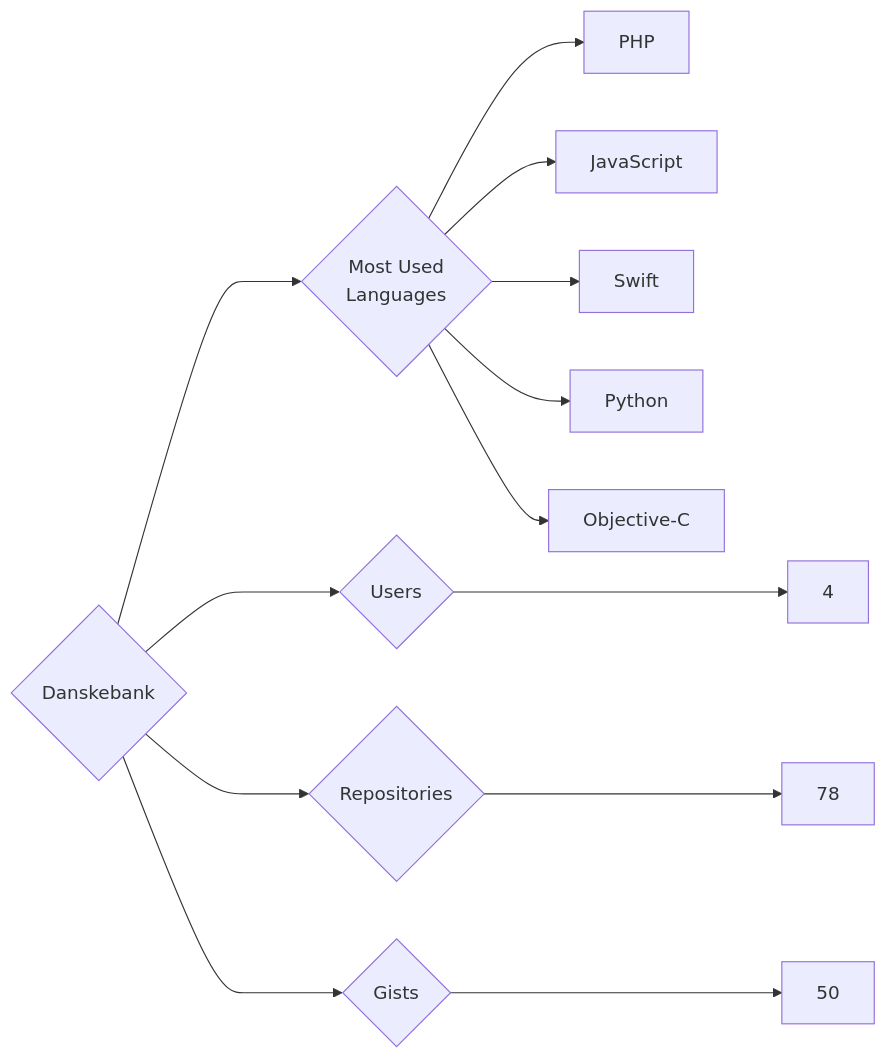
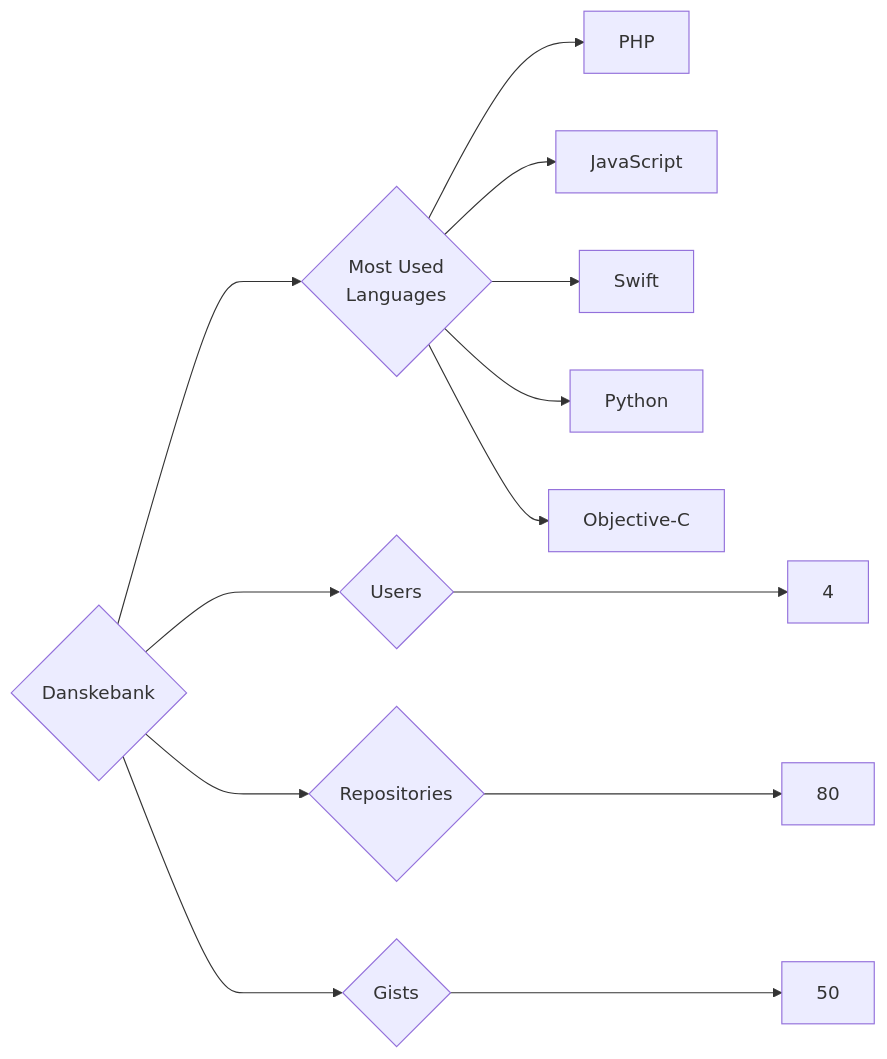
Before and after one commit to trickest/insiders: the diagram in targets/Danskebank/README.md, drawn with Mermaid. The commit also changed 823 other files, not shown here.

````diff
--- a/targets/Danskebank/README.md
+++ b/targets/Danskebank/README.md
@@ -3,13 +3,13 @@
 ```mermaid
 graph LR
 COMPANY_NAME{Danskebank}
 COMPANY_NAME ---> U{Users} ---> UN[4]
-COMPANY_NAME ---> R{Repositories} ---> RN[78]
+COMPANY_NAME ---> R{Repositories} ---> RN[80]
 COMPANY_NAME ---> G{Gists} ---> GN[50]
 COMPANY_NAME ---> ML{Most Used<br>Languages}
 ML --> PHP[PHP]
 ML --> JavaScript[JavaScript]
 ML --> Swift[Swift]
 ML --> Python[Python]
 ML --> Objective-C[Objective-C]
 ```
````
